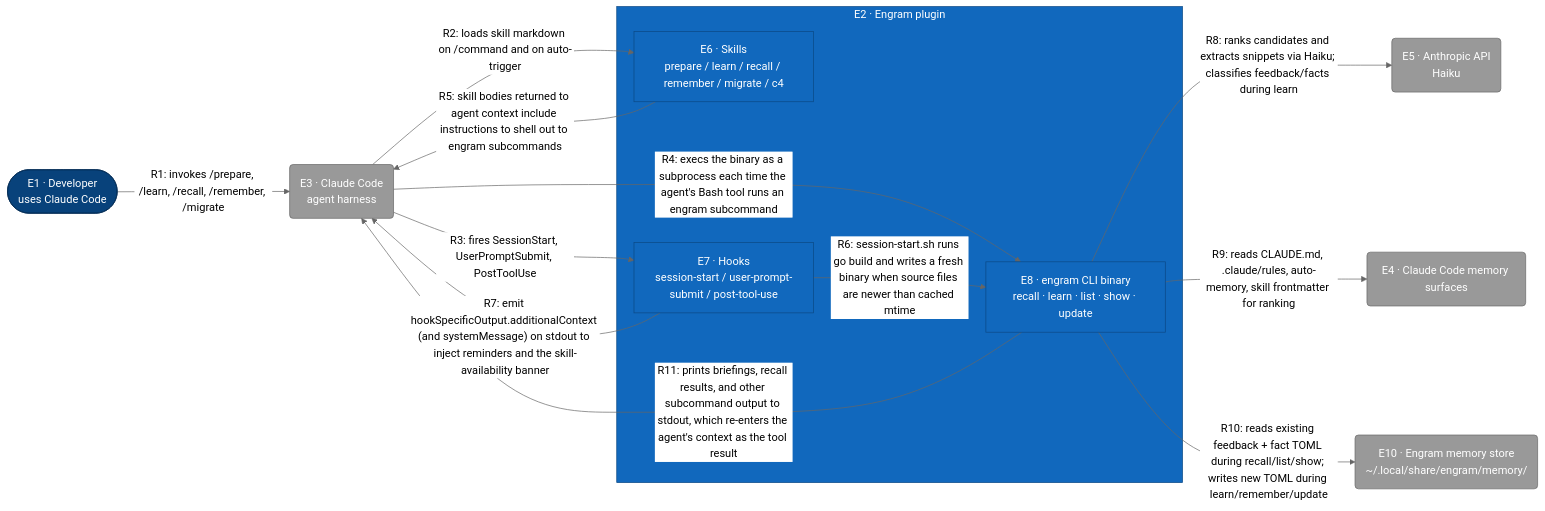
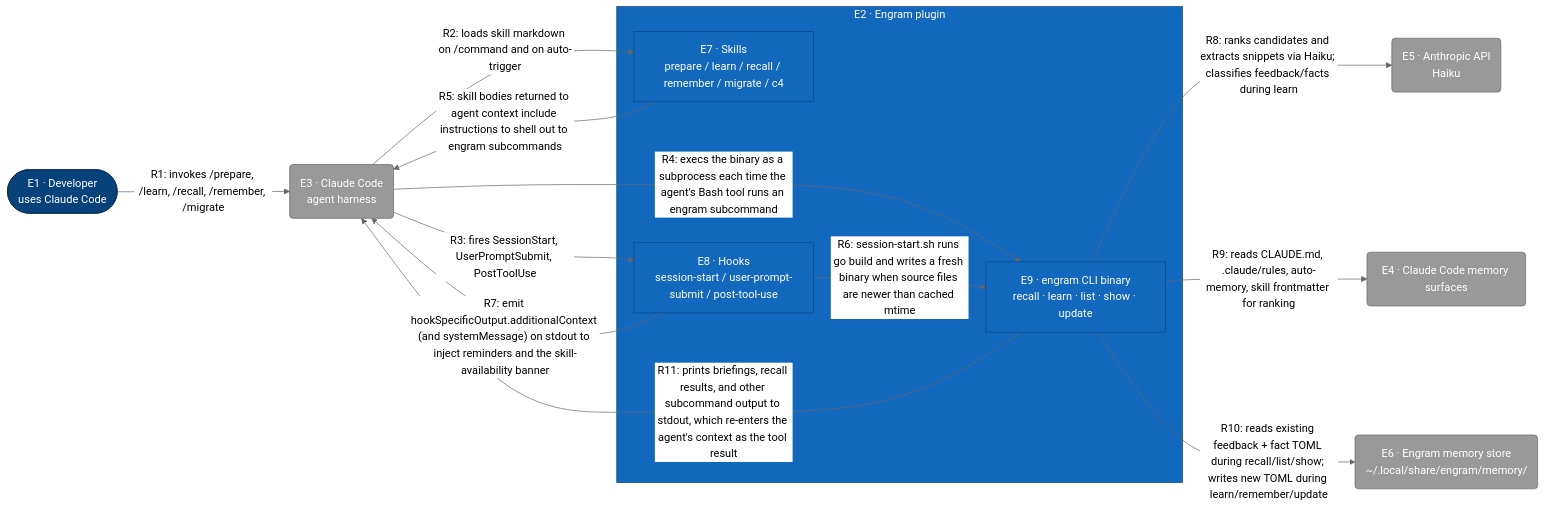
One commit to toejough/engram changed the diagram in architecture/c4/c2-engram-plugin.md. Above: the diagram before and after it, drawn with Mermaid (neutral theme). The commit also changed other lines of this file and 3 other files, not shown here.

````diff
--- a/architecture/c4/c2-engram-plugin.md
+++ b/architecture/c4/c2-engram-plugin.md
@@ -13,45 +13,45 @@
 ```mermaid
 flowchart LR
     classDef person      fill:#08427b,stroke:#052e56,color:#fff
     classDef external    fill:#999,   stroke:#666,   color:#fff
     classDef container   fill:#1168bd,stroke:#0b4884,color:#fff
 
     e1([E1 · Developer<br/>uses Claude Code])
     e3(E3 · Claude Code<br/>agent harness)
     e4(E4 · Claude Code memory surfaces)
     e5(E5 · Anthropic API<br/>Haiku)
-    e10(E10 · Engram memory store<br/>~/.local/share/engram/memory/)
+    e6(E6 · Engram memory store<br/>~/.local/share/engram/memory/)
 
     subgraph e2 [E2 · Engram plugin]
-        e6[E6 · Skills<br/>prepare / learn / recall / remember / migrate / c4]
-        e7[E7 · Hooks<br/>session-start / user-prompt-submit / post-tool-use]
-        e8[E8 · engram CLI binary<br/>recall · learn · list · show · update]
+        e7[E7 · Skills<br/>prepare / learn / recall / remember / migrate / c4]
+        e8[E8 · Hooks<br/>session-start / user-prompt-submit / post-tool-use]
+        e9[E9 · engram CLI binary<br/>recall · learn · list · show · update]
     end
 
     e1 -->|"R1: invokes /prepare, /learn, /recall, /remember, /migrate"| e3
-    e3 -->|"R2: loads skill markdown on /command and on auto-trigger"| e6
-    e3 -->|"R3: fires SessionStart, UserPromptSubmit, PostToolUse"| e7
-    e3 -->|"R4: execs the binary as a subprocess each time the agent's Bash tool runs an engram subcommand"| e8
-    e6 -->|"R5: skill bodies returned to agent context include instructions to shell out to engram subcommands"| e3
-    e7 -->|"R6: session-start.sh runs go build and writes a fresh binary when source files are newer than cached mtime"| e8
-    e7 -->|"R7: emit hookSpecificOutput.additionalContext (and systemMessage) on stdout to inject reminders and the skill-availability banner"| e3
-    e8 -->|"R8: ranks candidates and extracts snippets via Haiku; classifies feedback/facts during learn"| e5
-    e8 -->|"R9: reads CLAUDE.md, .claude/rules, auto-memory, skill frontmatter for ranking"| e4
-    e8 -->|"R10: reads existing feedback + fact TOML during recall/list/show; writes new TOML during learn/remember/update"| e10
-    e8 -->|"R11: prints briefings, recall results, and other subcommand output to stdout, which re-enters the agent's context as the tool result"| e3
+    e3 -->|"R2: loads skill markdown on /command and on auto-trigger"| e7
+    e3 -->|"R3: fires SessionStart, UserPromptSubmit, PostToolUse"| e8
+    e3 -->|"R4: execs the binary as a subprocess each time the agent's Bash tool runs an engram subcommand"| e9
+    e7 -->|"R5: skill bodies returned to agent context include instructions to shell out to engram subcommands"| e3
+    e8 -->|"R6: session-start.sh runs go build and writes a fresh binary when source files are newer than cached mtime"| e9
+    e8 -->|"R7: emit hookSpecificOutput.additionalContext (and systemMessage) on stdout to inject reminders and the skill-availability banner"| e3
+    e9 -->|"R8: ranks candidates and extracts snippets via Haiku; classifies feedback/facts during learn"| e5
+    e9 -->|"R9: reads CLAUDE.md, .claude/rules, auto-memory, skill frontmatter for ranking"| e4
+    e9 -->|"R10: reads existing feedback + fact TOML during recall/list/show; writes new TOML during learn/remember/update"| e6
+    e9 -->|"R11: prints briefings, recall results, and other subcommand output to stdout, which re-enters the agent's context as the tool result"| e3
 
     class e1 person
-    class e3,e4,e5,e10 external
-    class e6,e7,e8 container
+    class e3,e4,e5,e6 external
+    class e7,e8,e9 container
     class e2 container
 
     click e1 href "#e1-developer" "Developer"
     click e2 href "#e2-engram-plugin" "Engram plugin"
     click e3 href "#e3-claude-code" "Claude Code"
     click e4 href "#e4-claude-code-memory-surfaces" "Claude Code memory surfaces"
     click e5 href "#e5-anthropic-api" "Anthropic API"
-    click e10 href "#e10-engram-memory-store" "Engram memory store"
-    click e6 href "#e6-skills" "Skills"
-    click e7 href "#e7-hooks" "Hooks"
-    click e8 href "#e8-engram-cli-binary" "engram CLI binary"
+    click e6 href "#e6-engram-memory-store" "Engram memory store"
+    click e7 href "#e7-skills" "Skills"
+    click e8 href "#e8-hooks" "Hooks"
+    click e9 href "#e9-engram-cli-binary" "engram CLI binary"
 ```
````
